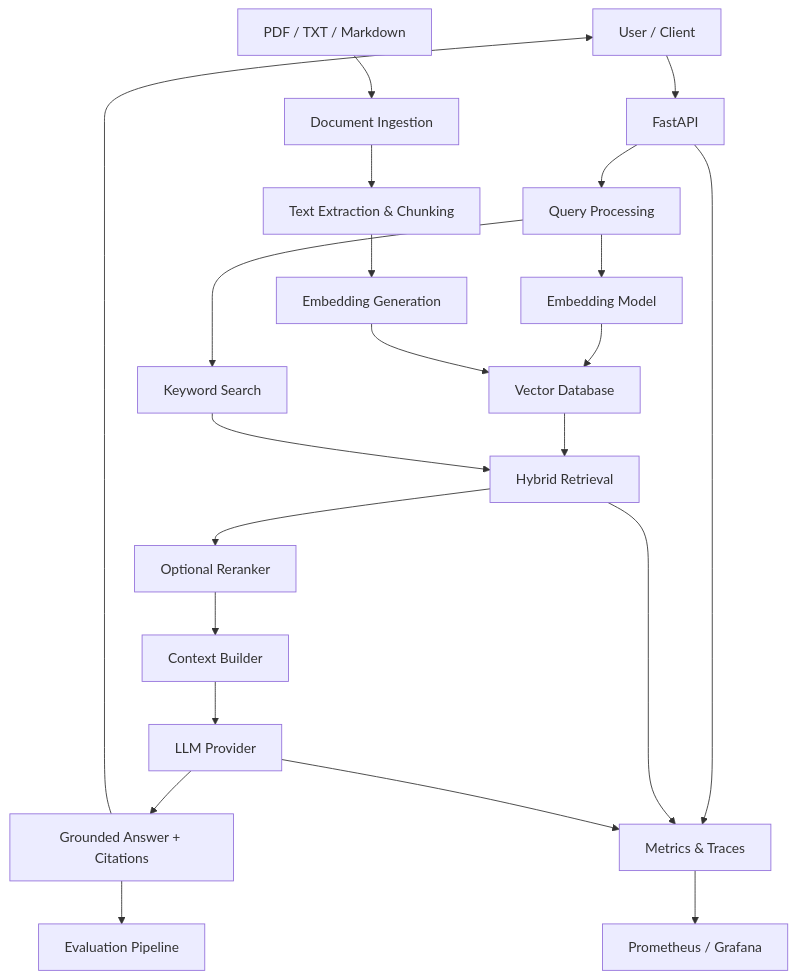
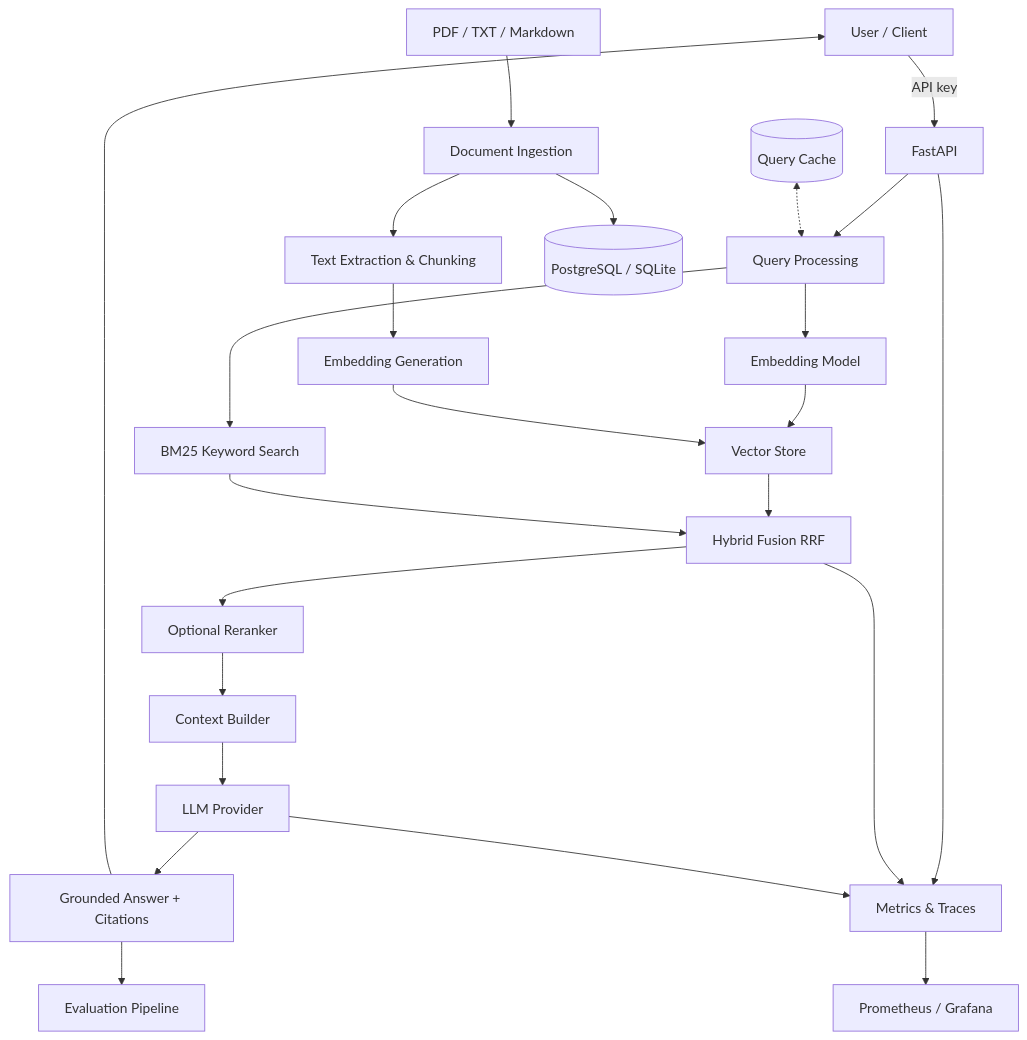
The diagram in README.md (NotHarshhaa/production-rag-platform), drawn with Mermaid before and after one commit. The commit also changed other lines of this file and 29 other files, not shown here.

````diff
--- a/README.md
+++ b/README.md
@@ -73,26 +81,26 @@
 ```mermaid
 flowchart TD
-    A[User / Client] --> B[FastAPI]
+    A[User / Client] -->|API key| B[FastAPI]
     B --> C[Query Processing]
     C --> D[Embedding Model]
-    D --> E[Vector Database]
-    C --> F[Keyword Search]
-    E --> G[Hybrid Retrieval]
+    D --> E[Vector Store]
+    C --> F[BM25 Keyword Search]
+    E --> G[Hybrid Fusion RRF]
     F --> G
     G --> H[Optional Reranker]
     H --> I[Context Builder]
     I --> J[LLM Provider]
     J --> K[Grounded Answer + Citations]
     K --> A
-
+    Q[(Query Cache)] <-.-> C
     L[PDF / TXT / Markdown] --> M[Document Ingestion]
     M --> N[Text Extraction & Chunking]
     N --> O[Embedding Generation]
     O --> E
-
+    M --> DB[(PostgreSQL / SQLite)]
     B --> P[Metrics & Traces]
     G --> P
     J --> P
-    P --> Q[Prometheus / Grafana]
+    P --> PR[Prometheus / Grafana]
     K --> R[Evaluation Pipeline]
 ```
````
